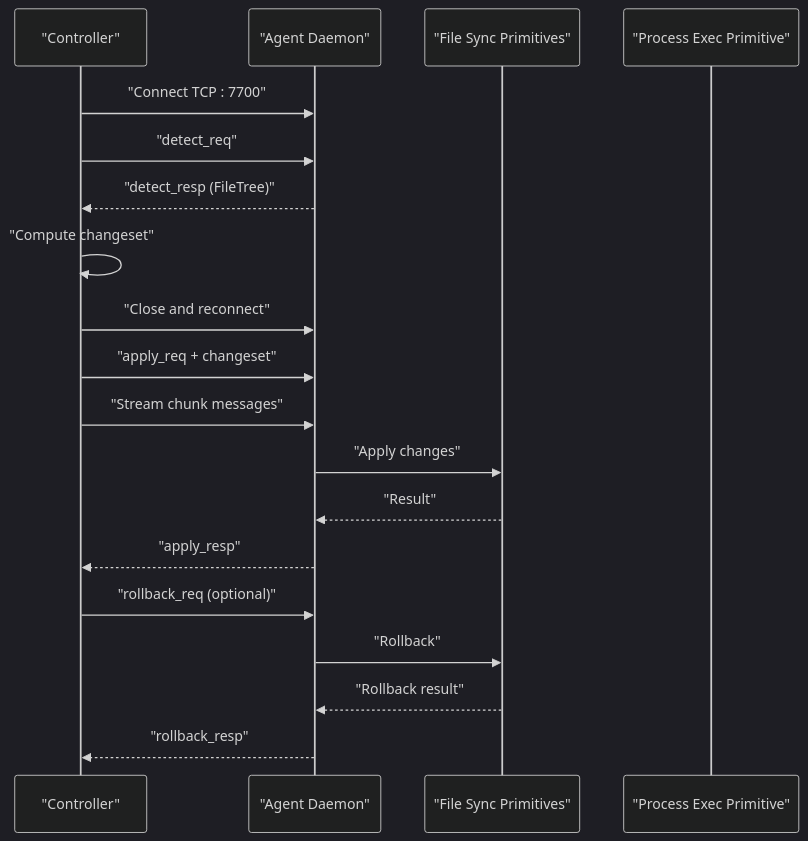
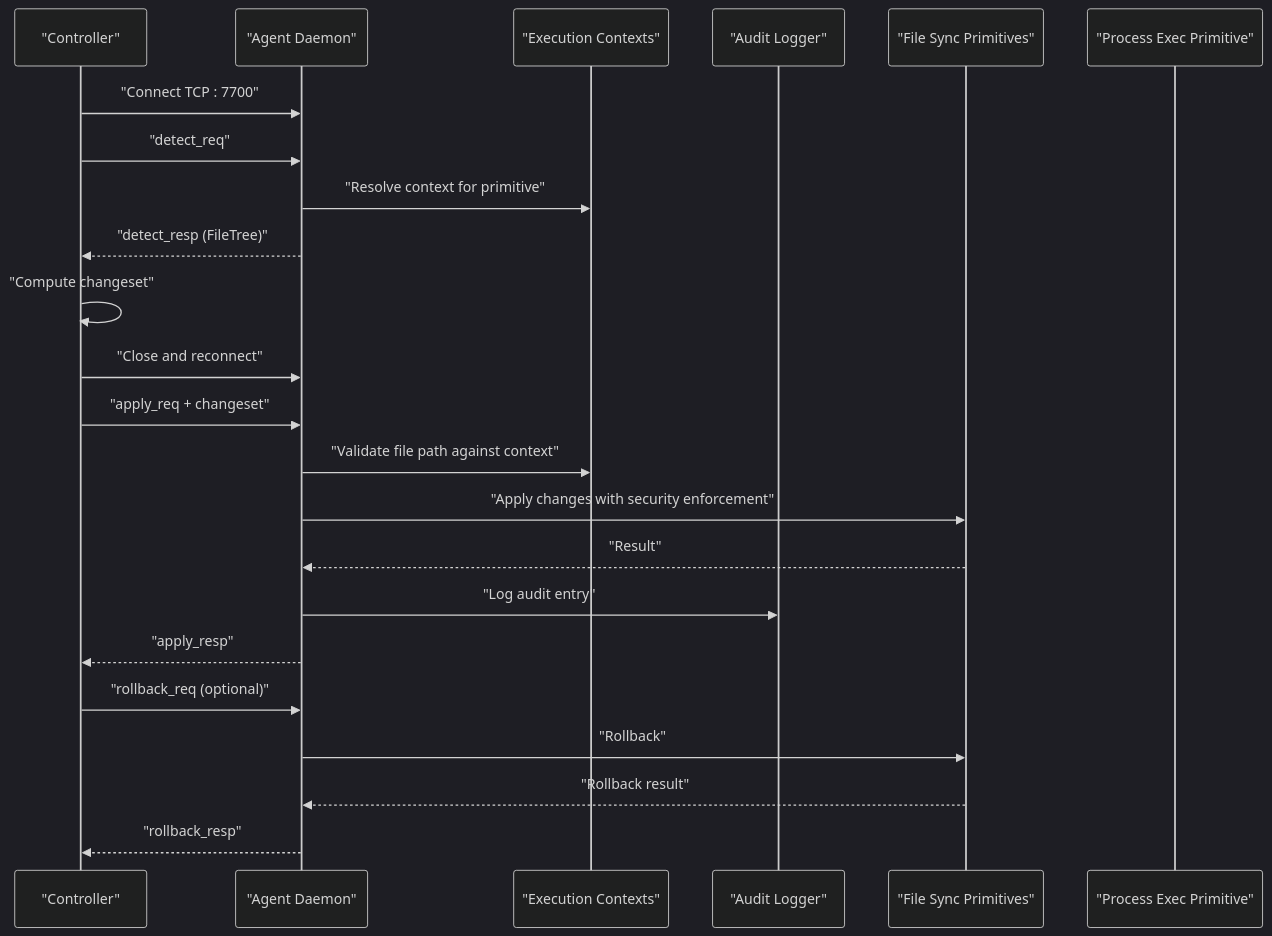
The second of 8 diagrams in .qoder/repowiki/en/content/CLI Commands Reference/Agent Command.md (ahmednour1430464/dotdevops), drawn with Mermaid (dark theme) before and after one commit. The commit also changed other lines of this file and 12 other files, not shown here.

````diff
--- a/.qoder/repowiki/en/content/CLI Commands Reference/Agent Command.md
+++ b/.qoder/repowiki/en/content/CLI Commands Reference/Agent Command.md
@@ -109,21 +134,25 @@
 ```mermaid
 sequenceDiagram
 participant Controller as "Controller"
 participant Agent as "Agent Daemon"
+participant Contexts as "Execution Contexts"
+participant Audit as "Audit Logger"
 participant FS as "File Sync Primitives"
 participant PE as "Process Exec Primitive"
 Controller->>Agent : "Connect TCP : 7700"
 Controller->>Agent : "detect_req"
+Agent->>Contexts : "Resolve context for primitive"
 Agent-->>Controller : "detect_resp (FileTree)"
 Controller->>Controller : "Compute changeset"
 Controller->>Agent : "Close and reconnect"
 Controller->>Agent : "apply_req + changeset"
-Controller->>Agent : "Stream chunk messages"
-Agent->>FS : "Apply changes"
+Agent->>Contexts : "Validate file path against context"
+Agent->>FS : "Apply changes with security enforcement"
 FS-->>Agent : "Result"
+Agent->>Audit : "Log audit entry"
 Agent-->>Controller : "apply_resp"
 Controller->>Agent : "rollback_req (optional)"
 Agent->>FS : "Rollback"
 FS-->>Agent : "Rollback result"
 Agent-->>Controller : "rollback_resp"
 ```
````
